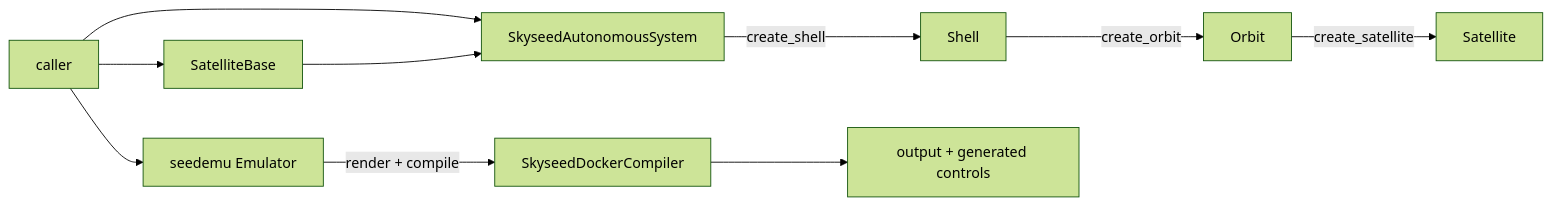
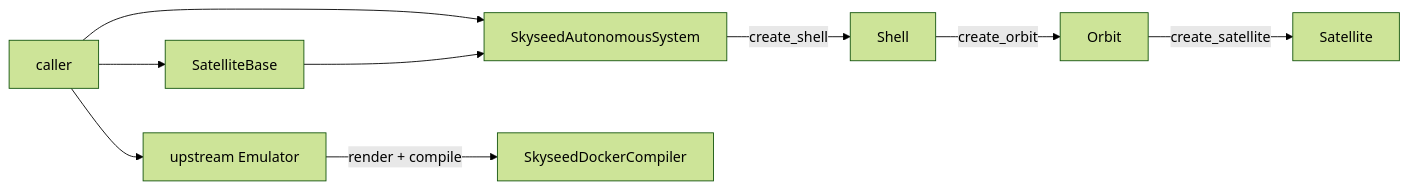
The first of 3 diagrams in skyseed_v2/docs/architecture/emulator-public-construction-api.md (seed-labs/skyseed), drawn with Mermaid (forest theme) before and after one commit. The commit also changed other lines of this file and 31 other files, not shown here.

````diff
--- a/skyseed_v2/docs/architecture/emulator-public-construction-api.md
+++ b/skyseed_v2/docs/architecture/emulator-public-construction-api.md
@@ -145,12 +99,11 @@
 ```mermaid
 flowchart LR
-    U[caller] --> E[seedemu Emulator]
+    U[caller] --> E[upstream Emulator]
     U --> B[SatelliteBase]
     U --> A[SkyseedAutonomousSystem]
-    B --> A
     A -->|create_shell| S[Shell]
     S -->|create_orbit| O[Orbit]
     O -->|create_satellite| T[Satellite]
+    B --> A
     E -->|render + compile| C[SkyseedDockerCompiler]
-    C --> Q[output + generated controls]
 ```
````
